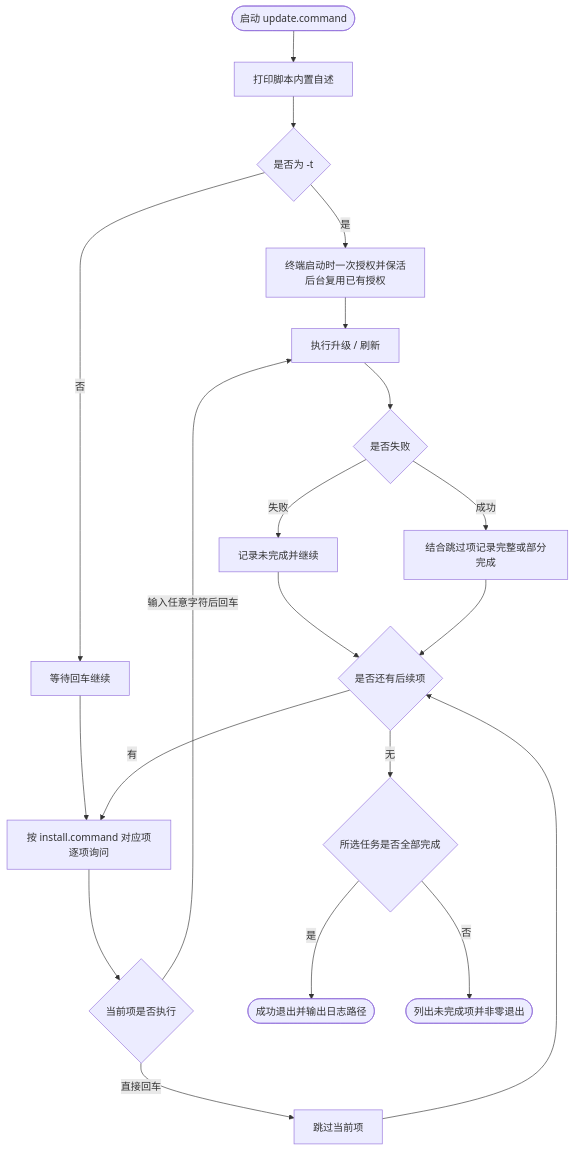
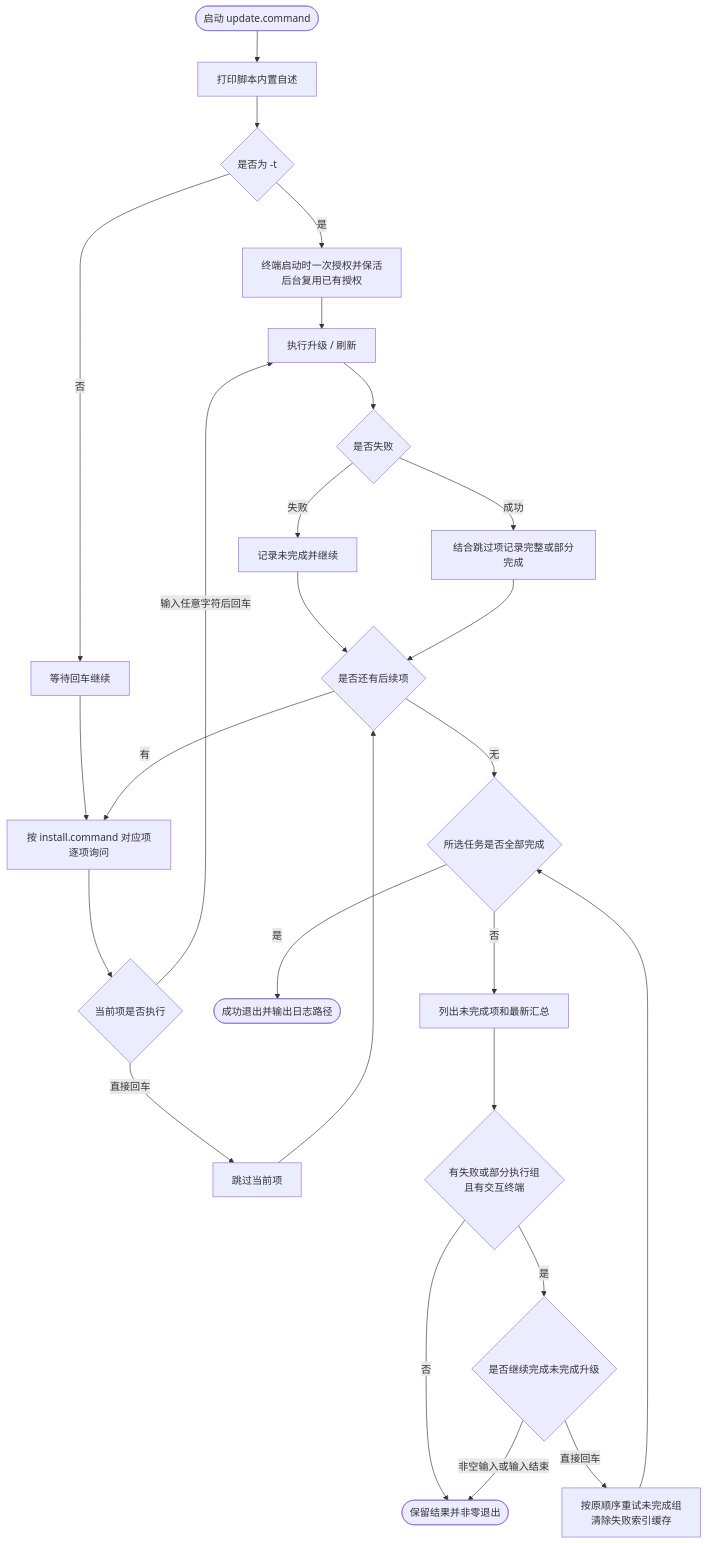
One commit to JobsKits/JobsMacEnvVarConfigs changed the first of 2 diagrams in scripts/update.command/README.md. Above: the diagram before and after it, drawn with Mermaid. The commit also changed other lines of this file and 110 other files, not shown here.

````diff
--- a/scripts/update.command/README.md
+++ b/scripts/update.command/README.md
@@ -539,22 +549,28 @@
 ```mermaid
 flowchart TD
     A([启动 update.command]) --> B[打印脚本内置自述]
     B --> T{是否为 -t}
     T -->|是| U[终端启动时一次授权并保活<br/>后台复用已有授权]
     T -->|否| C[等待回车继续]
     U --> F[自动执行升级与必要依赖修复]
     C --> D[按 install.command 对应项逐项询问]
     D --> E{当前项是否执行}
     E -->|输入任意字符后回车| F[执行升级 / 刷新]
     E -->|直接回车| G[跳过当前项]
     F --> H{是否失败}
     H -->|失败| I[记录未完成并继续]
     H -->|成功| J[结合跳过项记录完整或部分完成]
     G --> K{是否还有后续项}
     I --> K
     J --> K
     K -->|有| D
     K -->|无| L{所选任务是否全部完成}
     L -->|是| M([成功退出并输出日志路径])
-    L -->|否| N([列出未完成项并非零退出])
+    L -->|否| N[列出未完成项和最新汇总]
+    N --> O{有失败或部分执行组<br/>且有交互终端}
+    O -->|否| P([保留结果并非零退出])
+    O -->|是| Q{是否继续完成未完成升级}
+    Q -->|直接回车| R[按原顺序重试未完成组<br/>清除失败索引缓存]
+    Q -->|非空输入或输入结束| P
+    R --> L
 ```
````
